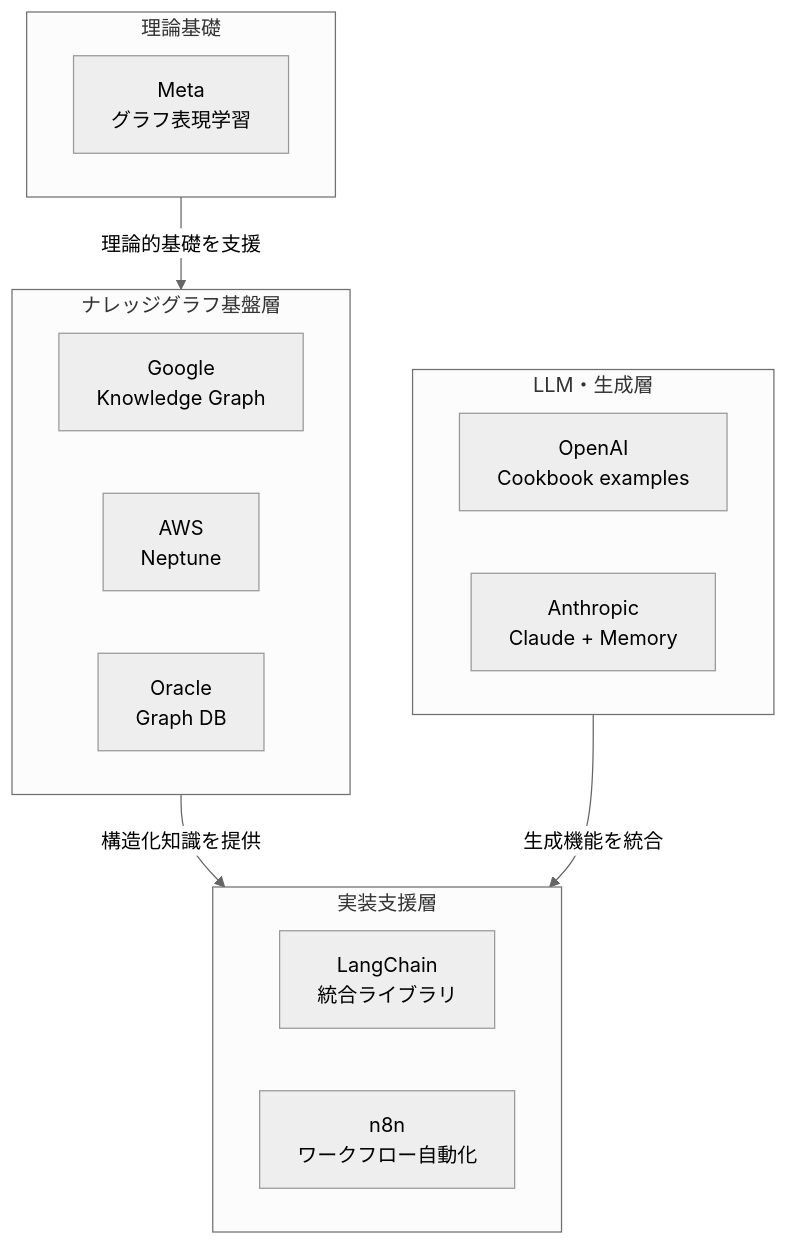
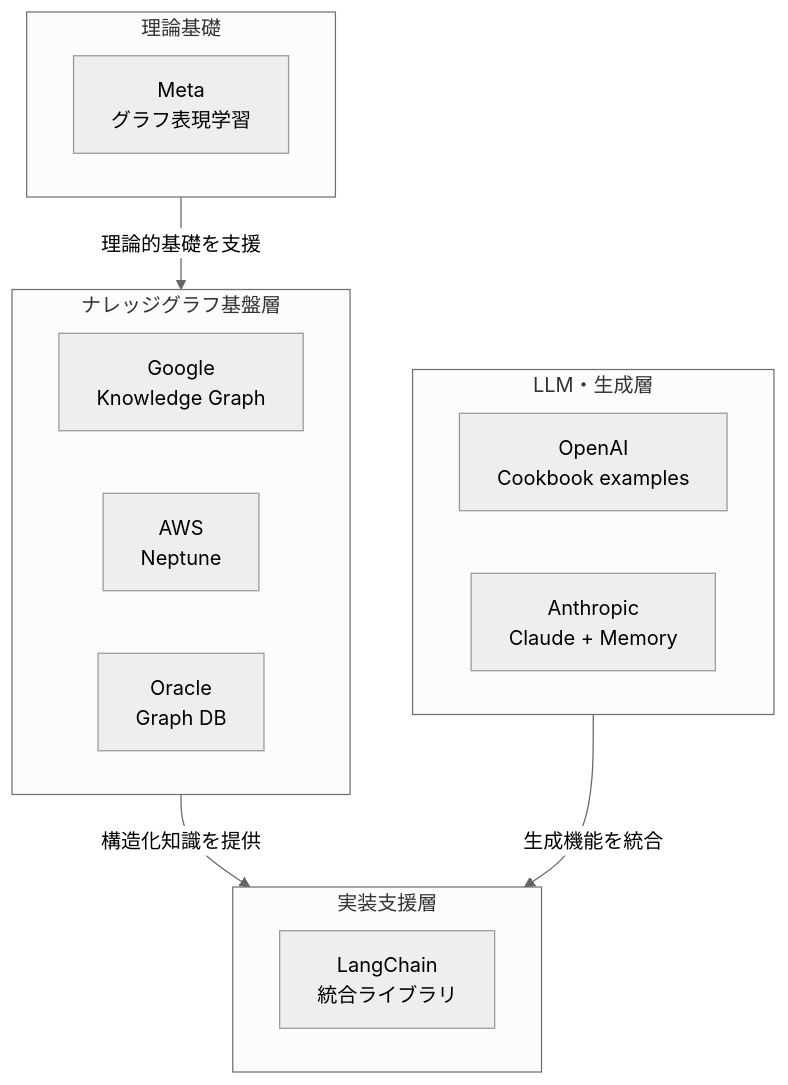
Before and after one commit to DevRev-JP/tech-blog: the diagram in articles/ai-kg-trend-oct2025.md, drawn with Mermaid (neutral theme). The commit also changed other lines of this file, not shown here.

````diff
--- a/articles/ai-kg-trend-oct2025.md
+++ b/articles/ai-kg-trend-oct2025.md
@@ -129,26 +118,25 @@
 ```mermaid
 graph TB
     subgraph INFRA["ナレッジグラフ基盤層"]
         Google["Google<br/>Knowledge Graph"]
         AWS["AWS<br/>Neptune"]
         Oracle["Oracle<br/>Graph DB"]
     end
 
     subgraph LLM["LLM・生成層"]
         OpenAI["OpenAI<br/>Cookbook examples"]
         Anthropic["Anthropic<br/>Claude + Memory"]
     end
 
     subgraph TOOLS["実装支援層"]
         LangChain["LangChain<br/>統合ライブラリ"]
-        n8n["n8n<br/>ワークフロー自動化"]
     end
 
     subgraph RESEARCH["理論基礎"]
         Meta["Meta<br/>グラフ表現学習"]
     end
 
     INFRA -->|構造化知識を提供| TOOLS
     LLM -->|生成機能を統合| TOOLS
     RESEARCH -->|理論的基礎を支援| INFRA
 ```
````
